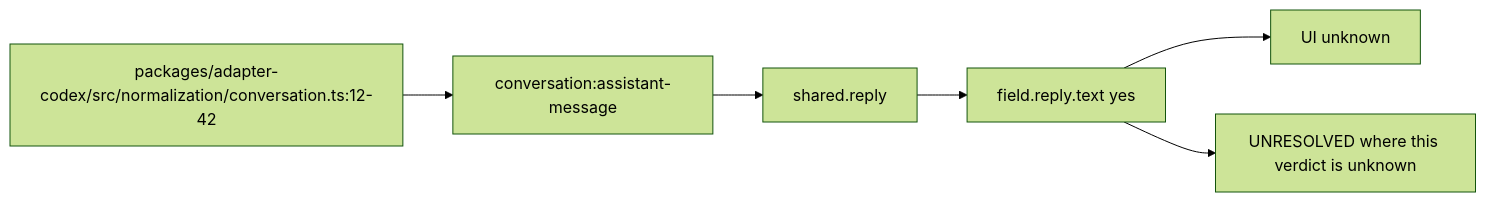
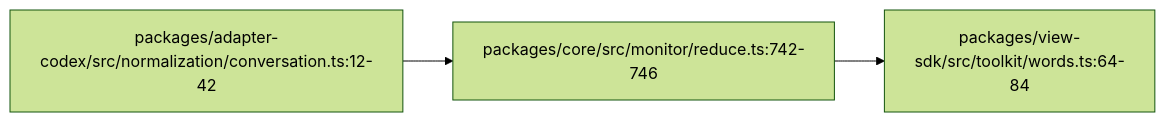
One commit to vibefield/puppeteer changed the diagram in audit/godview/evidence/codex/reply.text.mmd. Above: the diagram before and after it, drawn with Mermaid (forest theme). The commit also changed 1255 other files, not shown here.

```diff
--- a/audit/godview/evidence/codex/reply.text.mmd
+++ b/audit/godview/evidence/codex/reply.text.mmd
@@ -1,13 +1,9 @@
-%% graph_ref: shared.reply
-%% adapter: codex
-%% field: field.reply.text
-%% forensic: source-read at 748d015; not a live sample
+%% graph_ref: path.conversation
+%% shared_map: 07e71c9bcb9532fc181e3f667f2d0ed2e7c9afaf
+%% forensic: source-read 748d015a7e393112e0a91dad80111fdf5abe6583; not a live sample
 flowchart LR
-  src["packages/adapter-codex/src/normalization/conversation.ts:12-42"]
-  raw["conversation:assistant-message"]
-  shared["shared.reply"]
-  row["field.reply.text yes"]
-  ui["UI unknown"]
-  src --> raw --> shared --> row --> ui
-  open["UNRESOLVED where this verdict is unknown"]
-  row --> open
+  n0["packages/adapter-codex/src/normalization/conversation.ts:12-42"]
+  n1["packages/core/src/monitor/reduce.ts:742-746"]
+  n0 --> n1
+  n2["packages/view-sdk/src/toolkit/words.ts:64-84"]
+  n1 --> n2
```
